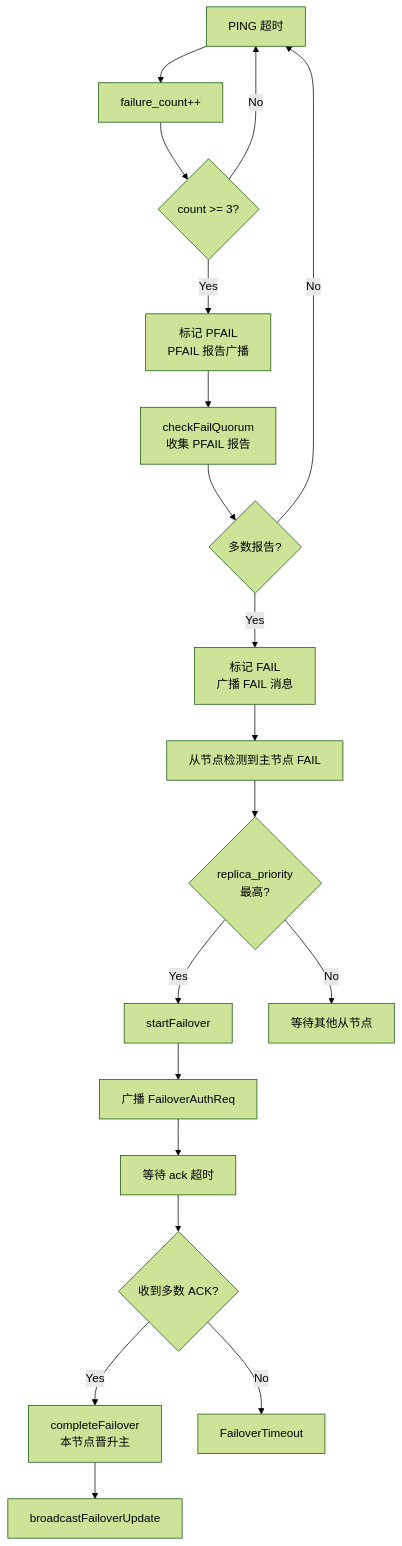
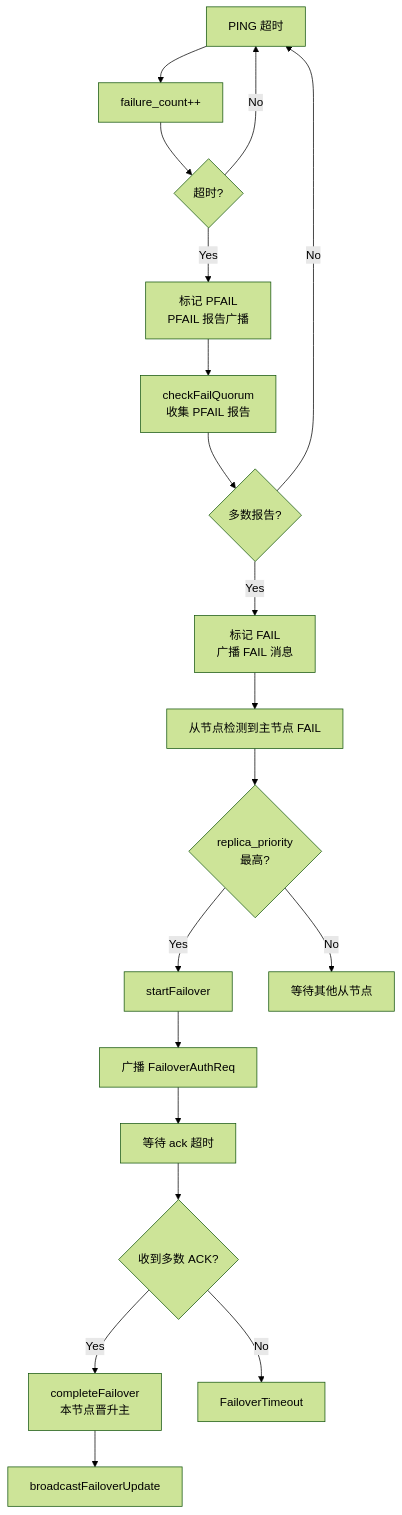
One commit to zimingttkx/ConcurrentCache changed the fifth of 5 diagrams in docs/architecture/cluster.md. Above: the diagram before and after it, drawn with Mermaid (forest theme). The commit also changed other lines of this file and 8 other files, not shown here.

````diff
--- a/docs/architecture/cluster.md
+++ b/docs/architecture/cluster.md
@@ -281,22 +286,22 @@
 ```mermaid
 flowchart TB
     A[PING 超时] --> B[failure_count++]
-    B --> C{count >= 3?}
+    B --> C{超时?}
     C -->|Yes| D[标记 PFAIL<br/>PFAIL 报告广播]
     C -->|No| A
     D --> E[checkFailQuorum<br/>收集 PFAIL 报告]
     E --> F{多数报告?}
     F -->|Yes| G[标记 FAIL<br/>广播 FAIL 消息]
     F -->|No| A
 
     G --> H[从节点检测到主节点 FAIL]
     H --> I{replica_priority<br/>最高?}
     I -->|Yes| J[startFailover]
     I -->|No| K[等待其他从节点]
     J --> L[广播 FailoverAuthReq]
     L --> M[等待 ack 超时]
     M --> N{收到多数 ACK?}
     N -->|Yes| O[completeFailover<br/>本节点晋升主]
     N -->|No| P[FailoverTimeout]
     O --> Q[broadcastFailoverUpdate]
 ```
````
